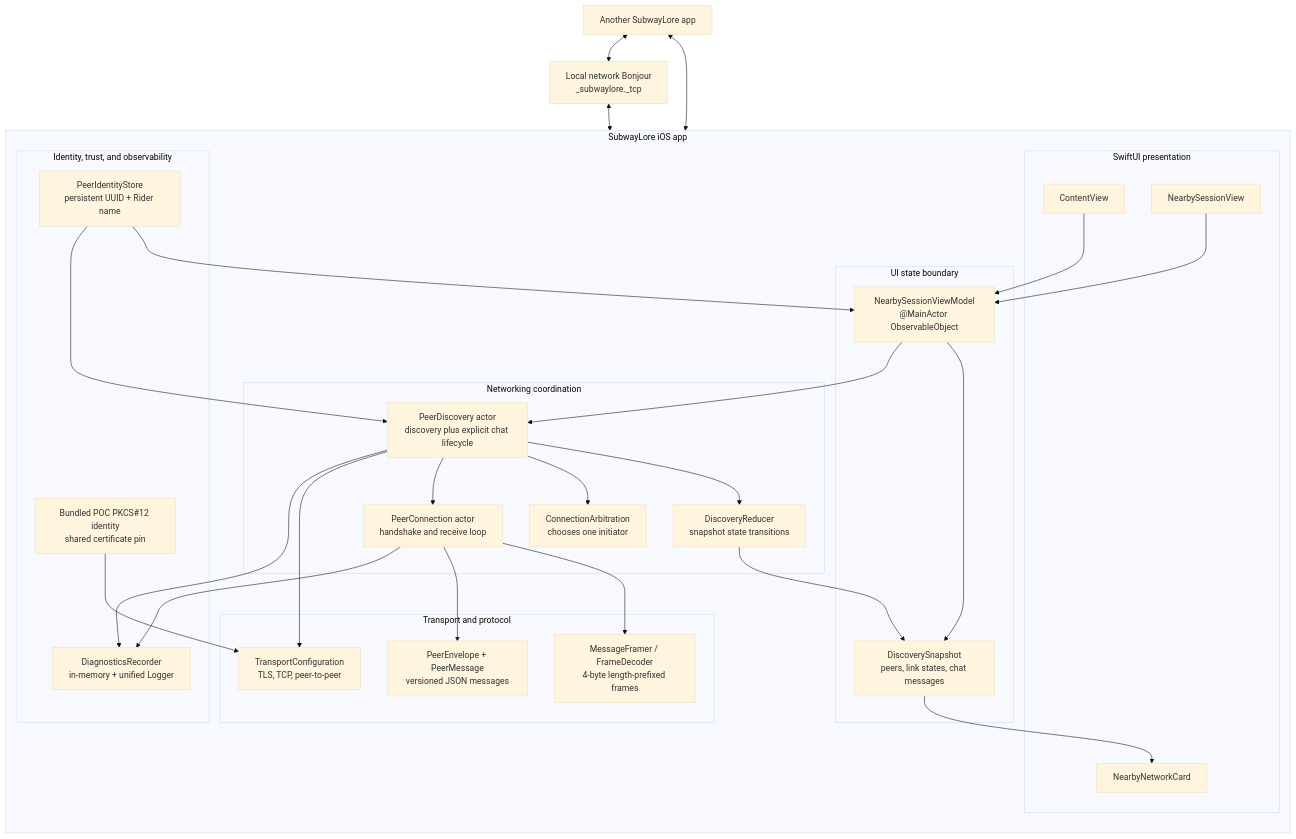
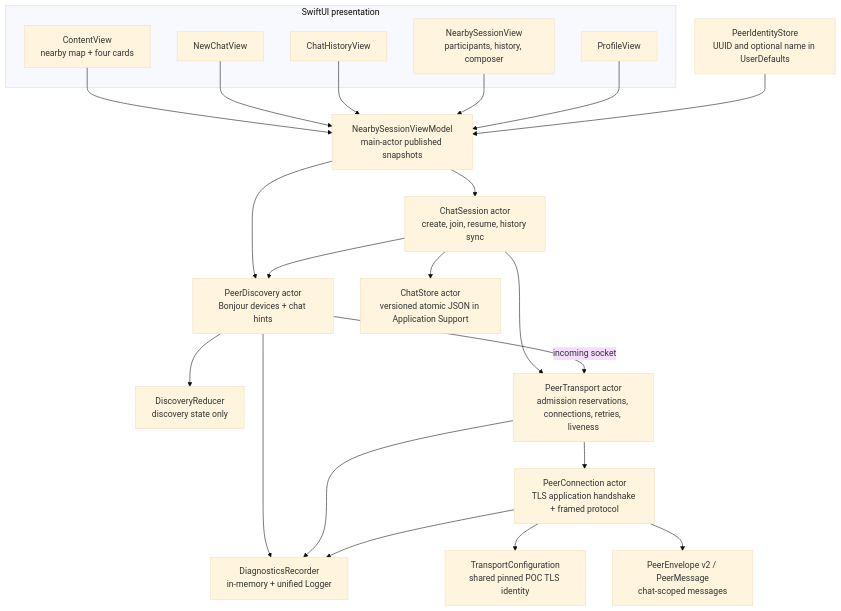
Before and after one commit to PembaD/subwaylorePoC: the first of 4 diagrams in docs/system-diagrams.md, drawn with Mermaid (base theme). The commit also changed other lines of this file and 25 other files, not shown here.

Commit message:
Add discoverable chats with persistent history and reconnection

````diff
--- a/docs/system-diagrams.md
+++ b/docs/system-diagrams.md
@@ -7,58 +7,41 @@
 ```mermaid
 flowchart TB
-    subgraph App["SubwayLore iOS app"]
-        direction TB
+    subgraph UI["SwiftUI presentation"]
+        Landing["ContentView<br/>nearby map + four cards"]
+        Create["NewChatView"]
+        History["ChatHistoryView"]
+        ChatUI["NearbySessionView<br/>participants, history, composer"]
+        Profile["ProfileView"]
+    end
+    VM["NearbySessionViewModel<br/>main-actor published snapshots"]
+    Discovery["PeerDiscovery actor<br/>Bonjour devices + chat hints"]
+    Reducer["DiscoveryReducer<br/>discovery state only"]
+    Session["ChatSession actor<br/>create, join, resume, history sync"]
+    Store["ChatStore actor<br/>versioned atomic JSON in Application Support"]
+    Transport["PeerTransport actor<br/>admission reservations, connections, retries, liveness"]
+    Connection["PeerConnection actor<br/>TLS application handshake + framed protocol"]
+    Protocol["PeerEnvelope v2 / PeerMessage<br/>chat-scoped messages"]
+    Trust["TransportConfiguration<br/>shared pinned POC TLS identity"]
+    Identity["PeerIdentityStore<br/>UUID and optional name in UserDefaults"]
+    Logs["DiagnosticsRecorder<br/>in-memory + unified Logger"]
 
-        subgraph UI["SwiftUI presentation"]
-            ContentView
-            NearbyNetworkCard
-            NearbySessionView
-        end
-
-        subgraph Model["UI state boundary"]
-            ViewModel["NearbySessionViewModel<br/>@MainActor ObservableObject"]
-            Snapshot["DiscoverySnapshot<br/>peers, link states, chat messages"]
-        end
-
-        subgraph Coordination["Networking coordination"]
-            Discovery["PeerDiscovery actor<br/>discovery plus explicit chat lifecycle"]
-            Reducer["DiscoveryReducer<br/>snapshot state transitions"]
-            Arbitration["ConnectionArbitration<br/>chooses one initiator"]
-            PeerConn["PeerConnection actor<br/>handshake and receive loop"]
-        end
-
-        subgraph Wire["Transport and protocol"]
-            Transport["TransportConfiguration<br/>TLS, TCP, peer-to-peer"]
-            Framer["MessageFramer / FrameDecoder<br/>4-byte length-prefixed frames"]
-            Envelope["PeerEnvelope + PeerMessage<br/>versioned JSON messages"]
-        end
-
-        subgraph Support["Identity, trust, and observability"]
-            Identity["PeerIdentityStore<br/>persistent UUID + Rider name"]
-            Certificate["Bundled POC PKCS#12 identity<br/>shared certificate pin"]
-            Diagnostics["DiagnosticsRecorder<br/>in-memory + unified Logger"]
-        end
-    end
-
-    ContentView --> ViewModel
-    NearbySessionView --> ViewModel
-    ViewModel --> Snapshot
-    ViewModel --> Discovery
+    Landing --> VM
+    Create --> VM
+    History --> VM
+    ChatUI --> VM
+    Profile --> VM
+    Identity --> VM
+    VM --> Discovery
     Discovery --> Reducer
-    Reducer --> Snapshot
-    Snapshot --> NearbyNetworkCard
-    Discovery --> Arbitration
-    Discovery --> PeerConn
-    Discovery --> Transport
-    PeerConn --> Framer
-    PeerConn --> Envelope
-    Identity --> ViewModel
-    Identity --> Discovery
-    Certificate --> Transport
-    Discovery --> Diagnostics
-    PeerConn --> Diagnostics
-
-    Bonjour["Local network Bonjour<br/>_subwaylore._tcp"] <--> Discovery
-    Remote["Another SubwayLore app"] <--> Bonjour
-    Remote <--> Transport
+    VM --> Session
+    Session --> Store
+    Session --> Discovery
+    Session --> Transport
+    Discovery -->|incoming socket| Transport
+    Transport --> Connection
+    Connection --> Protocol
+    Connection --> Trust
+    Discovery --> Logs
+    Transport --> Logs
+    Connection --> Logs
 ```
````
